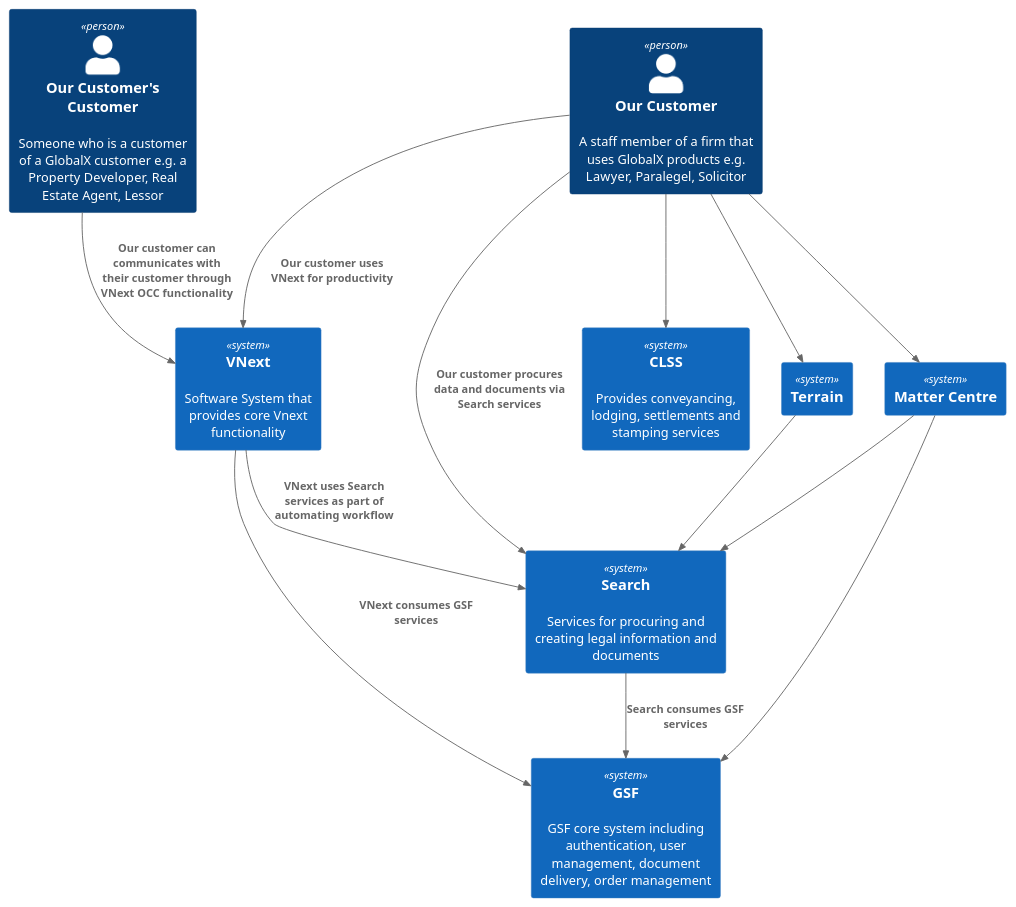
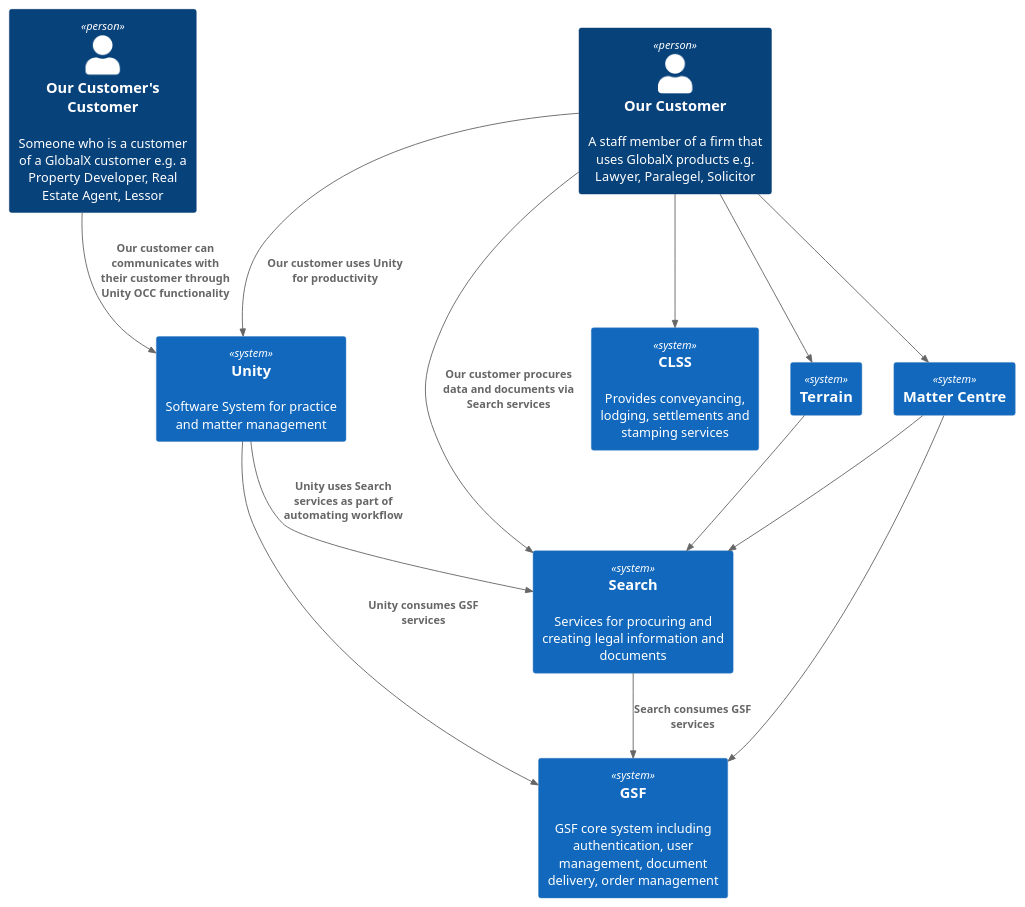
The diagram in content/en/docs/Overview/_index.md (dyedurham/gsf-docsy), drawn with PlantUML before and after one commit. The commit also changed other lines of this file and 3 other files, not shown here.

Commit message:
feat: update overview and add new diagrams

````diff
--- a/content/en/docs/Overview/_index.md
+++ b/content/en/docs/Overview/_index.md
@@ -23,30 +25,30 @@
 ```plantuml
 @startuml system_landscape
 !include https://raw.githubusercontent.com/plantuml-stdlib/C4-PlantUML/master/C4_Context.puml
 
 Person(person_lawyer, "Our Customer", "A staff member of a firm that uses GlobalX products e.g. Lawyer, Paralegel, Solicitor")
 Person(person_occ, "Our Customer's Customer", "Someone who is a customer of a GlobalX customer e.g. a Property Developer, Real Estate Agent, Lessor")
 
 System(system_gsf, "GSF", "GSF core system including authentication, user management, document delivery, order management")
 System(system_search, "Search", "Services for procuring and creating legal information and documents")
-System(system_vnext, "VNext", "Software System that provides core Vnext functionality")
+System(system_unity, "Unity", "Software System for practice and matter management")
 System(system_clss, "CLSS", "Provides conveyancing, lodging, settlements and stamping services")
 System(system_terrain, "Open Practice", "")
 System(system_matter_centre, "Matter Centre", "")
 System(system_terrain, "Terrain", "")
 
 Rel(person_lawyer, system_search, "Our customer procures data and documents via Search services")
-Rel(person_lawyer, system_vnext, "Our customer uses VNext for productivity")
+Rel(person_lawyer, system_unity, "Our customer uses Unity for productivity")
 Rel(person_lawyer, system_matter_centre, "")
 Rel(person_lawyer, system_clss, "")
 Rel(person_lawyer, system_terrain, "")
-Rel(system_vnext, system_search, "VNext uses Search services as part of automating workflow")
-Rel(system_vnext, system_gsf, "VNext consumes GSF services")
+Rel(system_unity, system_search, "Unity uses Search services as part of automating workflow")
+Rel(system_unity, system_gsf, "Unity consumes GSF services")
 Rel(system_search, system_gsf, "Search consumes GSF services")
 Rel(system_terrain, system_search, "")
 Rel(system_matter_centre, system_search, "")
 Rel(system_matter_centre, system_gsf, "")
 
-Rel(person_occ, system_vnext, "Our customer can communicates with their customer through VNext OCC functionality")
+Rel(person_occ, system_unity, "Our customer can communicates with their customer through Unity OCC functionality")
 @enduml
 ```
````
